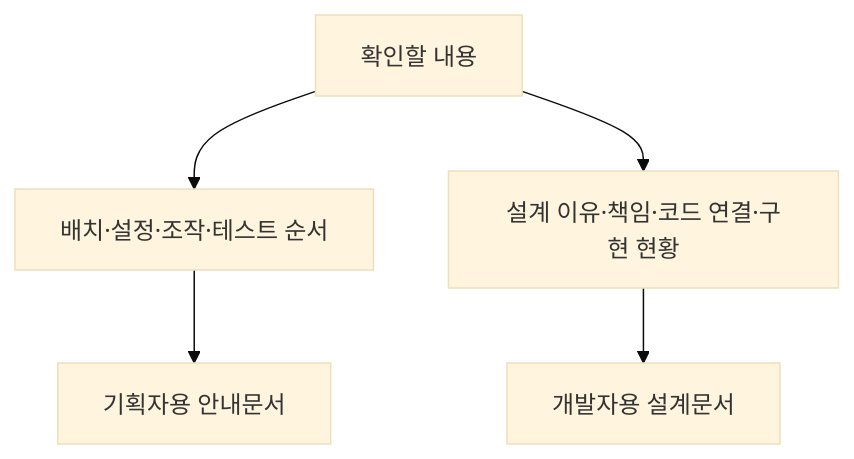
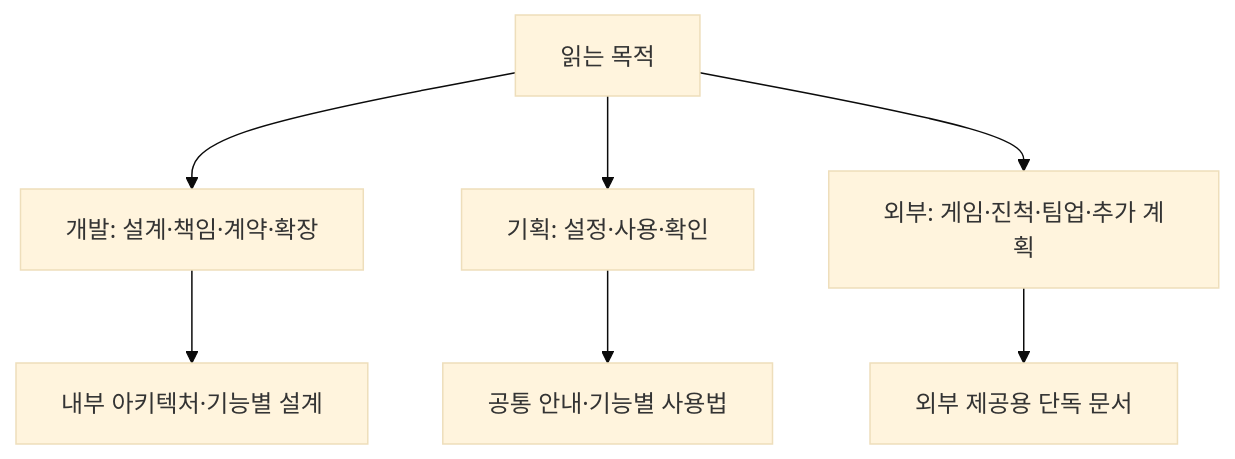
One commit to lkhwcf-arch/Human_Ghost- changed the diagram in Docs/문서 안내.md. Above: the diagram before and after it, drawn with Mermaid (base theme). The commit also changed other lines of this file and 92 other files, not shown here.

````diff
--- a/Docs/문서 안내.md
+++ b/Docs/문서 안내.md
@@ -61,7 +21,9 @@
 ```mermaid
 flowchart TD
-    A[확인할 내용] --> B[배치·설정·조작·테스트 순서]
-    A --> C[설계 이유·책임·코드 연결·구현 현황]
-    B --> D[기획자용 안내문서]
-    C --> E[개발자용 설계문서]
+    A[읽는 목적] --> B[개발: 설계·책임·계약·확장]
+    A --> C[기획: 설정·사용·확인]
+    A --> D[외부: 게임·진척·팀업·추가 계획]
+    B --> E[내부 아키텍처·기능별 설계]
+    C --> F[공통 안내·기능별 사용법]
+    D --> G[외부 제공용 단독 문서]
 ```
````
